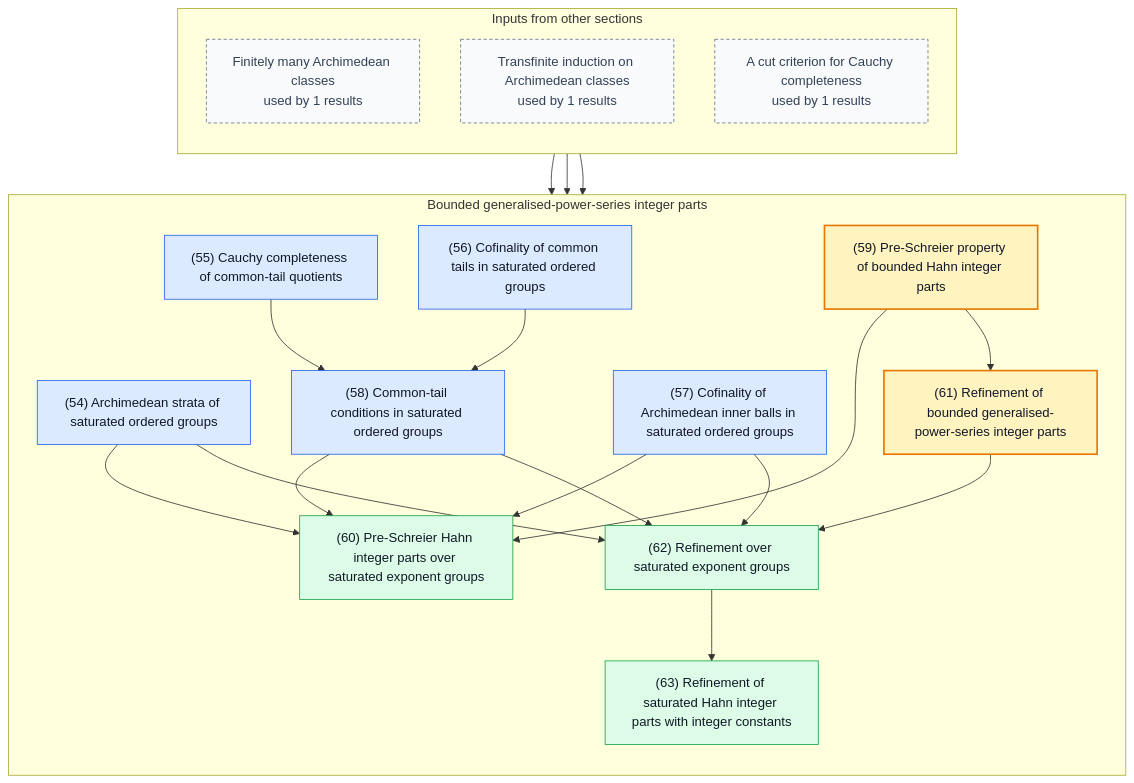
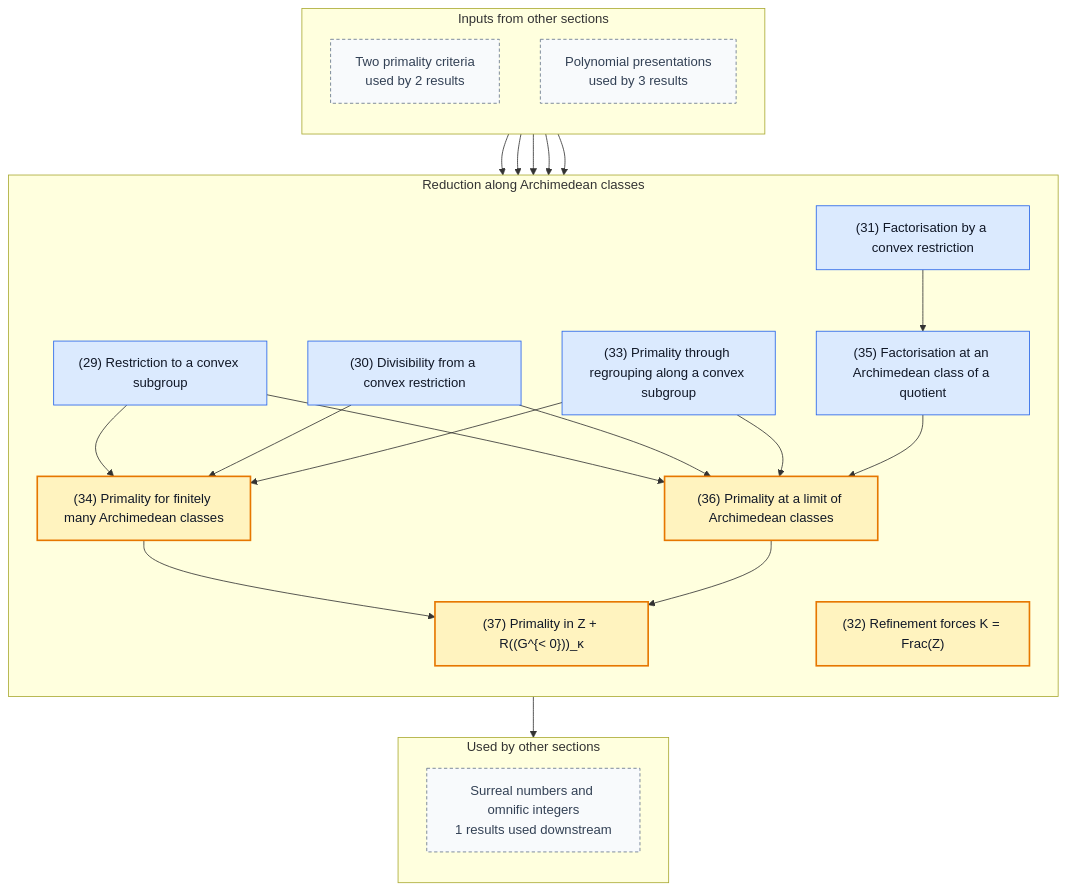
The fifth of 6 diagrams in README.md (gaearon/conway-refinement), drawn with Mermaid before and after one commit. The commit also changed other lines of this file and 27 other files, not shown here.

````diff
--- a/README.md
+++ b/README.md
@@ -552,59 +386,61 @@
 ```mermaid
 %% Generated by scripts/blueprint.sh; do not edit.
 %% Other sections are compressed to boundary nodes.
 %% Solid arrows are proof dependencies; dashed arrows are statement dependencies.
 flowchart TB
   subgraph inputs["Inputs from other sections"]
     direction TB
-    in0["Finitely many Archimedean classes<br/>used by 1 results"]:::boundary
-    in1["Transfinite induction on Archimedean classes<br/>used by 1 results"]:::boundary
-    in2["A cut criterion for Cauchy completeness<br/>used by 1 results"]:::boundary
+    in0["Two primality criteria<br/>used by 2 results"]:::boundary
+    in1["Polynomial presentations<br/>used by 3 results"]:::boundary
   end
-  subgraph current["Bounded generalised-power-series integer parts"]
+  subgraph current["Reduction along Archimedean classes"]
     direction TB
-    n054["(54) Archimedean strata of saturated ordered groups"]:::lemma
-    n055["(55) Cauchy completeness of common-tail quotients"]:::lemma
-    n056["(56) Cofinality of common tails in saturated ordered groups"]:::lemma
-    n057["(57) Cofinality of Archimedean inner balls in saturated ordered groups"]:::lemma
-    n058["(58) Common-tail conditions in saturated ordered groups"]:::lemma
-    n059["(59) Pre-Schreier property of bounded Hahn integer parts"]:::theorem
-    n060["(60) Pre-Schreier Hahn integer parts over saturated exponent groups"]:::corollary
-    n061["(61) Refinement of bounded generalised-power-series integer parts"]:::theorem
-    n062["(62) Refinement over saturated exponent groups"]:::corollary
-    n063["(63) Refinement of saturated Hahn integer parts with integer constants"]:::corollary
+    n029["(29) Restriction to a convex subgroup"]:::lemma
+    n030["(30) Divisibility from a convex restriction"]:::lemma
+    n031["(31) Factorisation by a convex restriction"]:::lemma
+    n032["(32) Refinement forces K = Frac(Z)"]:::theorem
+    n033["(33) Primality through regrouping along a convex subgroup"]:::lemma
+    n034["(34) Primality for finitely many Archimedean classes"]:::theorem
+    n035["(35) Factorisation at an Archimedean class of a quotient"]:::lemma
+    n036["(36) Primality at a limit of Archimedean classes"]:::theorem
+    n037["(37) Primality in Z + R((G^{&lt; 0}))_κ"]:::theorem
+  end
+  subgraph outputs["Used by other sections"]
+    direction TB
+    out0["Surreal numbers and omnific integers<br/>1 results used downstream"]:::boundary
   end
 
-  n055 --> n058
-  n056 --> n058
-  n054 --> n060
-  n057 --> n060
-  n058 --> n060
-  n059 --> n060
-  n059 --> n061
-  n054 --> n062
-  n057 --> n062
-  n058 --> n062
-  n061 --> n062
-  n062 --> n063
-  in2 --> n055
-  in0 --> n058
-  in1 --> n059
-  click n054 "https://gaearon.github.io/conway-refinement/#/result/saturated-archimedean-strata-real" "Open the statement for lemma 54"
-  click n055 "https://gaearon.github.io/conway-refinement/#/result/saturated-common-tail-quotient-complete" "Open the statement for lemma 55"
-  click n056 "https://gaearon.github.io/conway-refinement/#/result/saturated-common-tail-cofinality" "Open the statement for lemma 56"
-  click n057 "https://gaearon.github.io/conway-refinement/#/result/saturated-inner-ball-cofinality" "Open the statement for lemma 57"
-  click n058 "https://gaearon.github.io/conway-refinement/#/result/saturated-common-tail-conditions" "Open the statement for lemma 58"
-  click n059 "https://gaearon.github.io/conway-refinement/#/result/hahn-integer-part-pre-schreier" "Open the statement for theorem 59"
-  click n060 "https://gaearon.github.io/conway-refinement/#/result/hahn-integer-part-pre-schreier-of-saturation" "Open the statement for corollary 60"
-  click n061 "https://gaearon.github.io/conway-refinement/#/result/hahn-integer-part-refinement" "Open the statement for theorem 61"
-  click n062 "https://gaearon.github.io/conway-refinement/#/result/hahn-integer-part-refinement-of-saturation" "Open the statement for corollary 62"
-  click n063 "https://gaearon.github.io/conway-refinement/#/result/integer-hahn-refinement-of-saturation" "Open the statement for corollary 63"
+  n029 --> n034
+  n030 --> n034
+  n033 --> n034
+  n031 --> n035
+  n029 --> n036
+  n030 --> n036
+  n033 --> n036
+  n035 --> n036
+  n034 --> n037
+  n036 --> n037
+  in1 --> n032
+  in0 --> n033
+  in1 --> n034
+  in0 --> n036
+  in1 --> n036
+  n037 --> out0
+  click n029 "https://gaearon.github.io/conway-refinement/#/result/convex-restriction-ring-hom" "Open the statement for lemma 29"
+  click n030 "https://gaearon.github.io/conway-refinement/#/result/divisibility-from-convex-restriction" "Open the statement for lemma 30"
+  click n031 "https://gaearon.github.io/conway-refinement/#/result/factorisation-by-convex-restriction" "Open the statement for lemma 31"
+  click n032 "https://gaearon.github.io/conway-refinement/#/result/refinement-forces-coefficient-fraction-field" "Open the statement for theorem 32"
+  click n033 "https://gaearon.github.io/conway-refinement/#/result/primality-through-regrouping" "Open the statement for lemma 33"
+  click n034 "https://gaearon.github.io/conway-refinement/#/result/finite-support-classes-primality" "Open the statement for theorem 34"
+  click n035 "https://gaearon.github.io/conway-refinement/#/result/support-class-factorisation" "Open the statement for lemma 35"
+  click n036 "https://gaearon.github.io/conway-refinement/#/result/limit-tail-step" "Open the statement for theorem 36"
+  click n037 "https://gaearon.github.io/conway-refinement/#/result/hahn-integer-part-primality" "Open the statement for theorem 37"
 
   classDef theorem fill:#fff3bf,stroke:#e67700,stroke-width:2px,color:#111827
   classDef definition fill:#f3f4f6,stroke:#4b5563,color:#111827
   classDef lemma fill:#dbeafe,stroke:#2563eb,color:#111827
   classDef proposition fill:#ede9fe,stroke:#7c3aed,color:#111827
   classDef corollary fill:#dcfce7,stroke:#16a34a,color:#111827
   classDef fact fill:#fce7f3,stroke:#db2777,color:#111827
   classDef boundary fill:#f8fafc,stroke:#64748b,stroke-dasharray:4 3,color:#334155
 ```
````
